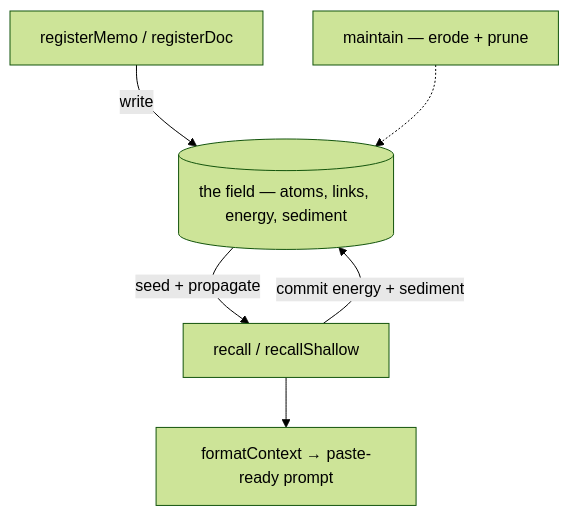
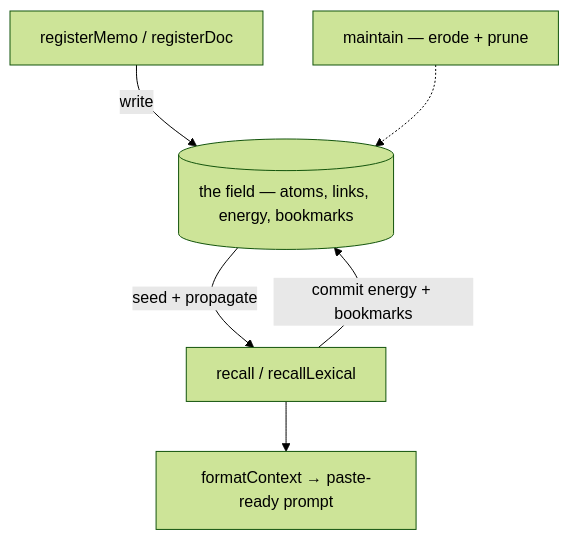
Before and after one commit to linqFR/ytn: the first of 5 diagrams in packages/osem-rag/docs/HOW-IT-WORKS.md, drawn with Mermaid (forest theme). The commit also changed other lines of this file and 34 other files, not shown here.

````diff
--- a/packages/osem-rag/docs/HOW-IT-WORKS.md
+++ b/packages/osem-rag/docs/HOW-IT-WORKS.md
@@ -46,14 +37,14 @@
 ```mermaid
 flowchart TD
     WR["registerMemo / registerDoc"]
-    RC["recall / recallShallow"]
-    DB[("the field — atoms, links, energy, sediment")]
+    RC["recall / recallLexical"]
+    DB[("the field — atoms, links, energy, bookmarks")]
     FC["formatContext → paste-ready prompt"]
     MT["maintain — erode + prune"]
 
     WR -->|write| DB
     DB -->|seed + propagate| RC
-    RC -->|commit energy + sediment| DB
+    RC -->|commit energy + bookmarks| DB
     RC --> FC
     MT -.-> DB
 ```
````
